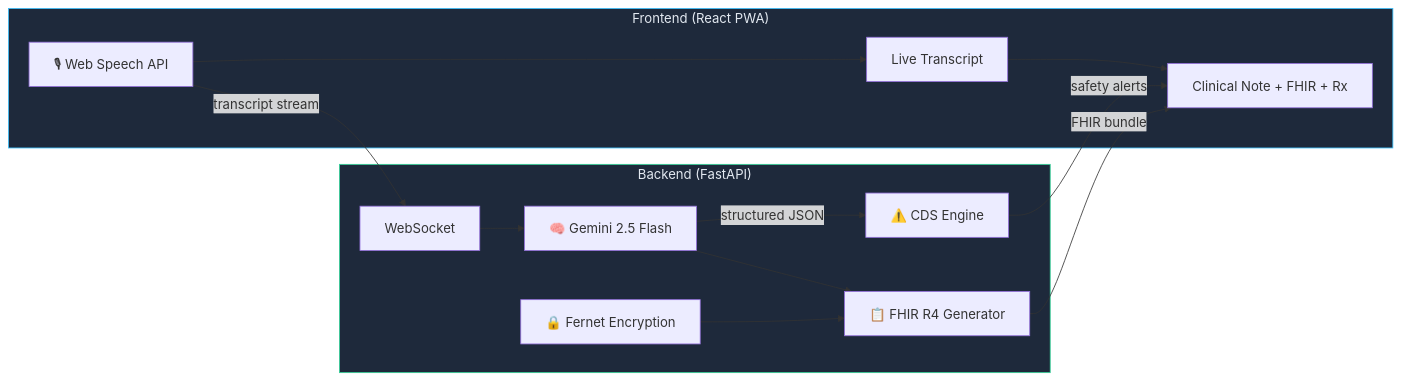
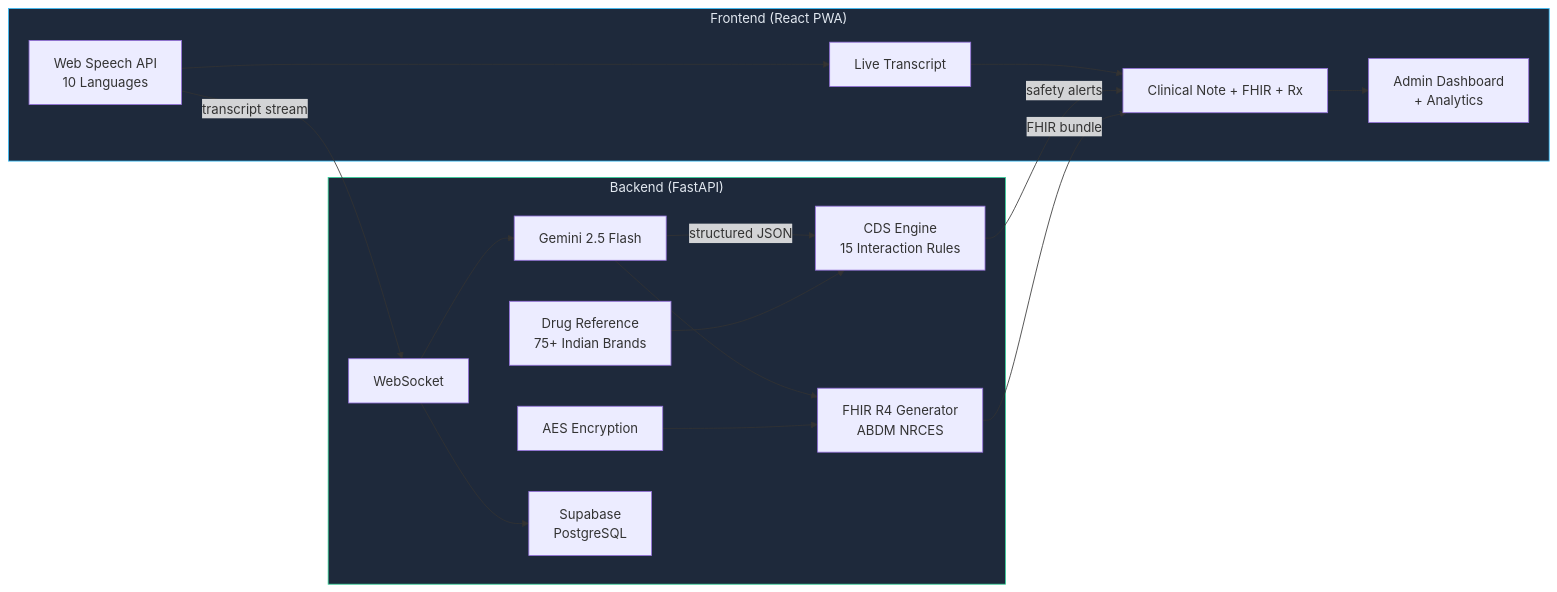
One commit to Akasxh/medscribe-ai changed the first of 2 diagrams in README.md. Above: the diagram before and after it, drawn with Mermaid. The commit also changed other lines of this file and 10 other files, not shown here.

````diff
--- a/README.md
+++ b/README.md
@@ -92,26 +151,31 @@
 ```mermaid
 graph LR
     subgraph Client["Frontend (React PWA)"]
-        MIC["🎙 Web Speech API"] --> TR[Live Transcript]
+        MIC["Web Speech API<br/>10 Languages"] --> TR[Live Transcript]
         TR --> UI["Clinical Note + FHIR + Rx"]
+        UI --> ADMIN["Admin Dashboard<br/>+ Analytics"]
     end
 
     subgraph Server["Backend (FastAPI)"]
         WS[WebSocket]
-        GEM["🧠 Gemini 2.5 Flash"]
-        CDS["⚠️ CDS Engine"]
-        FHIR["📋 FHIR R4 Generator"]
-        ENC["🔒 Fernet Encryption"]
+        GEM["Gemini 2.5 Flash"]
+        CDS["CDS Engine<br/>15 Interaction Rules"]
+        FHIR["FHIR R4 Generator<br/>ABDM NRCES"]
+        DRUG["Drug Reference<br/>75+ Indian Brands"]
+        ENC["AES Encryption"]
+        SUPA["Supabase<br/>PostgreSQL"]
     end
 
     MIC -->|transcript stream| WS
     WS --> GEM
     GEM -->|structured JSON| CDS
     GEM --> FHIR
     CDS -->|safety alerts| UI
     FHIR -->|FHIR bundle| UI
     ENC --> FHIR
+    DRUG --> CDS
+    WS --> SUPA
 
     style Client fill:#1e293b,stroke:#38bdf8,color:#e2e8f0
     style Server fill:#1e293b,stroke:#34d399,color:#e2e8f0
 ```
````
